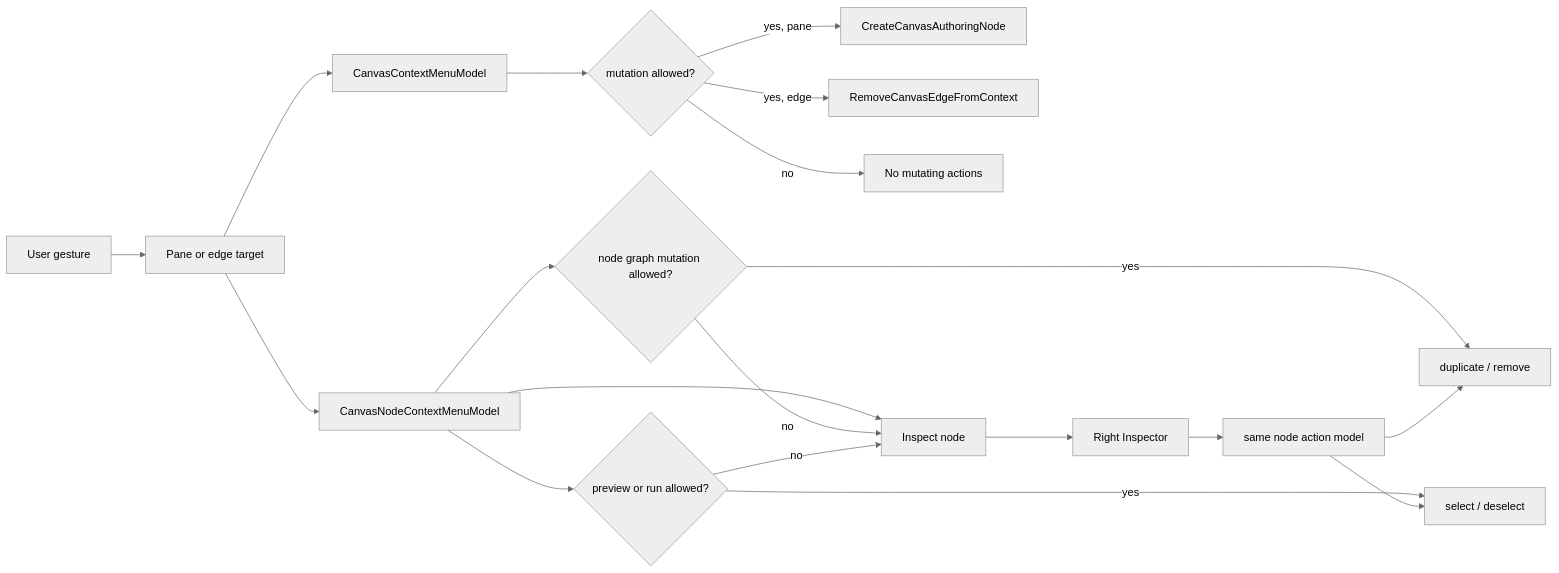
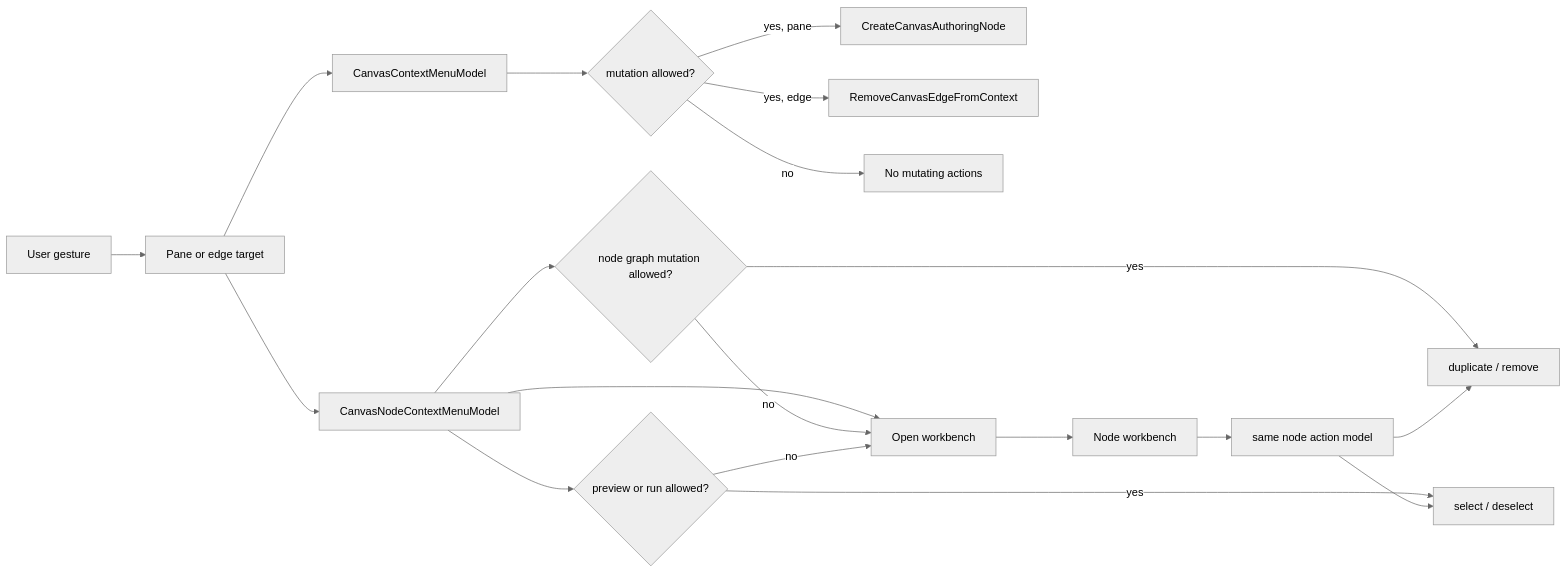
Before and after one commit to dunay2/dvt: the diagram in docs/architecture/components/web/graph/canvas-interaction-command-surface-user-stories.md, drawn with Mermaid (neutral theme). The commit also changed other lines of this file and 7 other files, not shown here.

````diff
--- a/docs/architecture/components/web/graph/canvas-interaction-command-surface-user-stories.md
+++ b/docs/architecture/components/web/graph/canvas-interaction-command-surface-user-stories.md
@@ -74,21 +75,21 @@
 ```mermaid
 flowchart LR
   User["User gesture"] --> Target["Pane or edge target"]
   Target --> Model["CanvasContextMenuModel"]
   Target --> NodeModel["CanvasNodeContextMenuModel"]
   Model --> Allowed{"mutation allowed?"}
   Allowed -->|yes, pane| Create["CreateCanvasAuthoringNode"]
   Allowed -->|yes, edge| Remove["RemoveCanvasEdgeFromContext"]
   Allowed -->|no| Empty["No mutating actions"]
-  NodeModel --> Inspect["Inspect node"]
+  NodeModel --> Inspect["Open workbench"]
   NodeModel --> NodeMutationAllowed{"node graph mutation allowed?"}
   NodeMutationAllowed -->|yes| NodeGraphActions["duplicate / remove"]
   NodeModel --> ExecutionAllowed{"preview or run allowed?"}
   ExecutionAllowed -->|yes| SelectAction["select / deselect"]
   NodeMutationAllowed -->|no| Inspect
   ExecutionAllowed -->|no| Inspect
-  Inspect --> Inspector["Right Inspector"]
+  Inspect --> Inspector["Node workbench"]
   Inspector --> PanelActions["same node action model"]
   PanelActions --> NodeGraphActions
   PanelActions --> SelectAction
 ```
````
